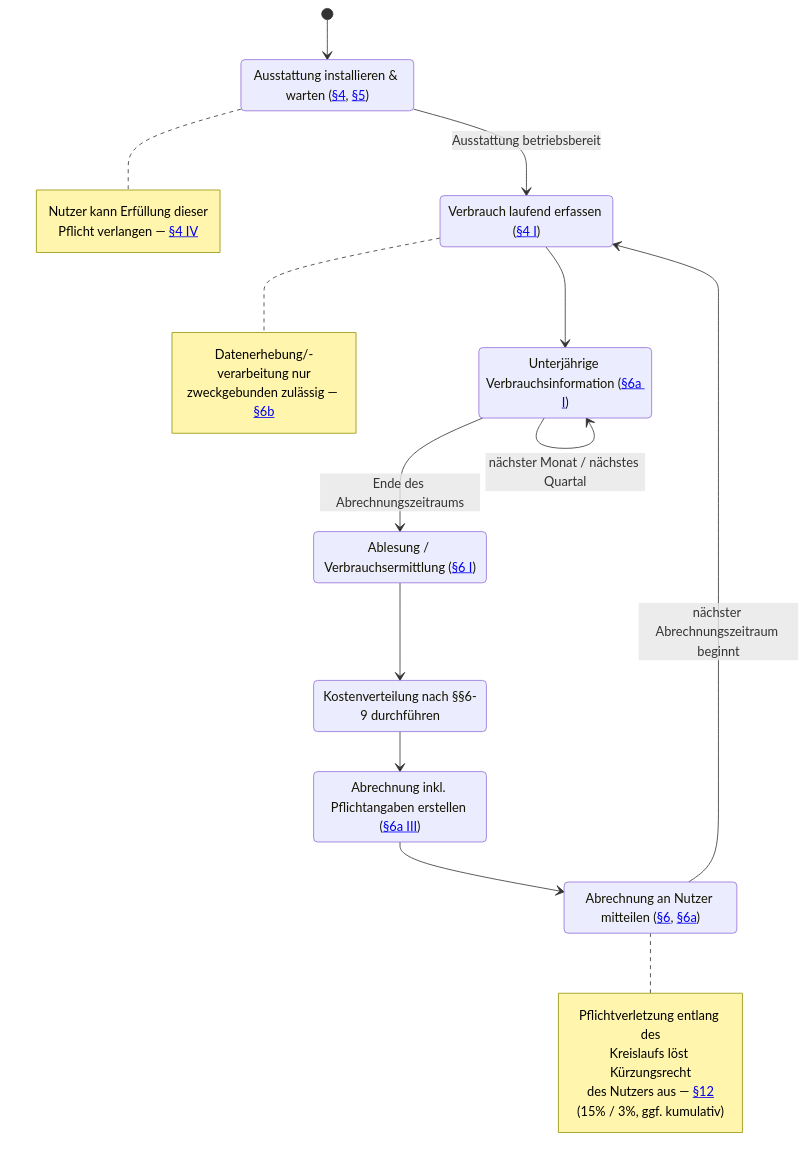
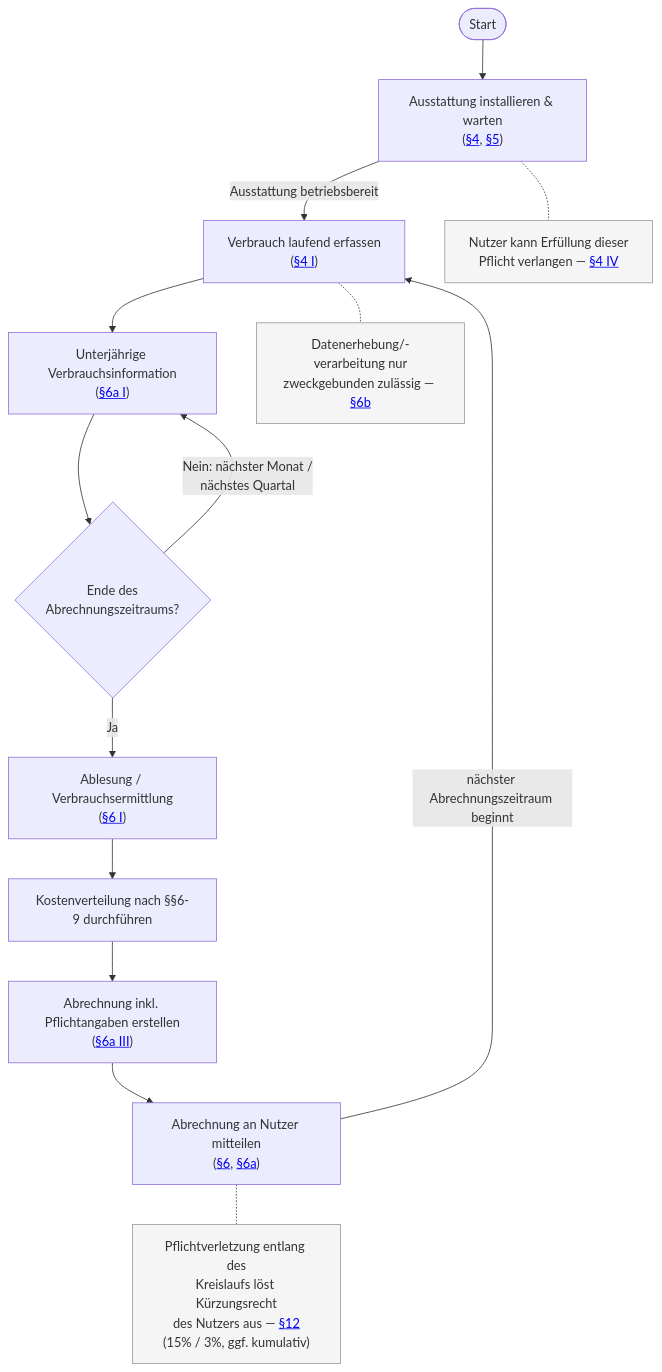
The diagram in src/content/ki-visualisierungen/HeizkostenV/pflichtenkreislauf.mmd (digitalservicebund/zfl-website), drawn with Mermaid before and after one commit. The commit also changed 38 other files, not shown here.

Commit message:
refactor(visualisieren): add visType enum (flowchart vs swimlane)

```diff
--- a/src/content/ki-visualisierungen/HeizkostenV/pflichtenkreislauf.mmd
+++ b/src/content/ki-visualisierungen/HeizkostenV/pflichtenkreislauf.mmd
@@ -1,44 +1,29 @@
 ---
 summary: "Veranschaulicht den jährlich wiederkehrenden Pflichtenkreislauf der Heizkostenverordnung von der Installation der Erfassungsausstattung über Verbrauchserfassung und unterjährige Verbrauchsinformation bis zur Abrechnung, sowie die Verknüpfung mit dem Kürzungsrecht bei Pflichtverstößen."
 ---
-stateDiagram-v2
-    [*] --> Ausstattung
+flowchart TD
+    Start(["Start"]) --> Ausstattung["Ausstattung installieren & warten<br/>(<a href='{{ELI}}/art-z4' target='_blank' rel='noopener'>§4</a>, <a href='{{ELI}}/art-z5' target='_blank' rel='noopener'>§5</a>)"]
 
-    Ausstattung: Ausstattung installieren & warten (<a href='{{ELI}}/art-z4' target='_blank' rel='noopener'>§4</a>, <a href='{{ELI}}/art-z5' target='_blank' rel='noopener'>§5</a>)
-    Ausstattung --> Erfassung: Ausstattung betriebsbereit
+    Ausstattung -->|Ausstattung betriebsbereit| Erfassung["Verbrauch laufend erfassen<br/>(<a href='{{ELI}}#art-z4_abs-z1' target='_blank' rel='noopener'>§4 I</a>)"]
 
-    Erfassung: Verbrauch laufend erfassen (<a href='{{ELI}}#art-z4_abs-z1' target='_blank' rel='noopener'>§4 I</a>)
-    Erfassung --> Zwischeninfo
+    Erfassung --> Zwischeninfo["Unterjährige Verbrauchsinformation<br/>(<a href='{{ELI}}#art-z6a_abs-z1' target='_blank' rel='noopener'>§6a I</a>)"]
 
-    Zwischeninfo: Unterjährige Verbrauchsinformation (<a href='{{ELI}}#art-z6a_abs-z1' target='_blank' rel='noopener'>§6a I</a>)
-    Zwischeninfo --> Zwischeninfo: nächster Monat / nächstes Quartal
-    Zwischeninfo --> Ablesung: Ende des Abrechnungszeitraums
+    Zwischeninfo --> Zeitraum{"Ende des<br/>Abrechnungszeitraums?"}
+    Zeitraum -->|"Nein: nächster Monat /<br/>nächstes Quartal"| Zwischeninfo
+    Zeitraum -->|Ja| Ablesung["Ablesung / Verbrauchsermittlung<br/>(<a href='{{ELI}}#art-z6_abs-z1' target='_blank' rel='noopener'>§6 I</a>)"]
 
-    Ablesung: Ablesung / Verbrauchsermittlung (<a href='{{ELI}}#art-z6_abs-z1' target='_blank' rel='noopener'>§6 I</a>)
-    Ablesung --> Kostenverteilung
+    Ablesung --> Kostenverteilung["Kostenverteilung nach §§6-9 durchführen"]
 
-    Kostenverteilung: Kostenverteilung nach §§6-9 durchführen
-    Kostenverteilung --> Abrechnungserstellung
+    Kostenverteilung --> Abrechnungserstellung["Abrechnung inkl. Pflichtangaben erstellen<br/>(<a href='{{ELI}}#art-z6a_abs-z3' target='_blank' rel='noopener'>§6a III</a>)"]
 
-    Abrechnungserstellung: Abrechnung inkl. Pflichtangaben erstellen (<a href='{{ELI}}#art-z6a_abs-z3' target='_blank' rel='noopener'>§6a III</a>)
-    Abrechnungserstellung --> Mitteilung
+    Abrechnungserstellung --> Mitteilung["Abrechnung an Nutzer mitteilen<br/>(<a href='{{ELI}}/art-z6' target='_blank' rel='noopener'>§6</a>, <a href='{{ELI}}/art-z6a' target='_blank' rel='noopener'>§6a</a>)"]
 
-    Mitteilung: Abrechnung an Nutzer mitteilen (<a href='{{ELI}}/art-z6' target='_blank' rel='noopener'>§6</a>, <a href='{{ELI}}/art-z6a' target='_blank' rel='noopener'>§6a</a>)
-    Mitteilung --> Erfassung: nächster Abrechnungszeitraum beginnt
+    Mitteilung -->|nächster Abrechnungszeitraum beginnt| Erfassung
 
-    note right of Ausstattung
-        Nutzer kann Erfüllung dieser
-        Pflicht verlangen — <a href='{{ELI}}#art-z4_abs-z4' target='_blank' rel='noopener'>§4 IV</a>
-    end note
+    Ausstattung -.- NoteAusstattung["Nutzer kann Erfüllung dieser<br/>Pflicht verlangen — <a href='{{ELI}}#art-z4_abs-z4' target='_blank' rel='noopener'>§4 IV</a>"]
+    Erfassung -.- NoteErfassung["Datenerhebung/-verarbeitung nur<br/>zweckgebunden zulässig — <a href='{{ELI}}#art-z6b_abs-z' target='_blank' rel='noopener'>§6b</a>"]
+    Mitteilung -.- NoteMitteilung["Pflichtverletzung entlang des<br/>Kreislaufs löst Kürzungsrecht<br/>des Nutzers aus — <a href='{{ELI}}/art-z12' target='_blank' rel='noopener'>§12</a><br/>(15% / 3%, ggf. kumulativ)"]
 
-    note right of Erfassung
-        Datenerhebung/-verarbeitung nur
-        zweckgebunden zulässig — <a href='{{ELI}}#art-z6b_abs-z' target='_blank' rel='noopener'>§6b</a>
-    end note
-
-    note right of Mitteilung
-        Pflichtverletzung entlang des
-        Kreislaufs löst Kürzungsrecht
-        des Nutzers aus — <a href='{{ELI}}/art-z12' target='_blank' rel='noopener'>§12</a>
-        (15% / 3%, ggf. kumulativ)
-    end note
+    style NoteAusstattung fill:#f5f5f5,stroke:#999
+    style NoteErfassung fill:#f5f5f5,stroke:#999
+    style NoteMitteilung fill:#f5f5f5,stroke:#999
```
